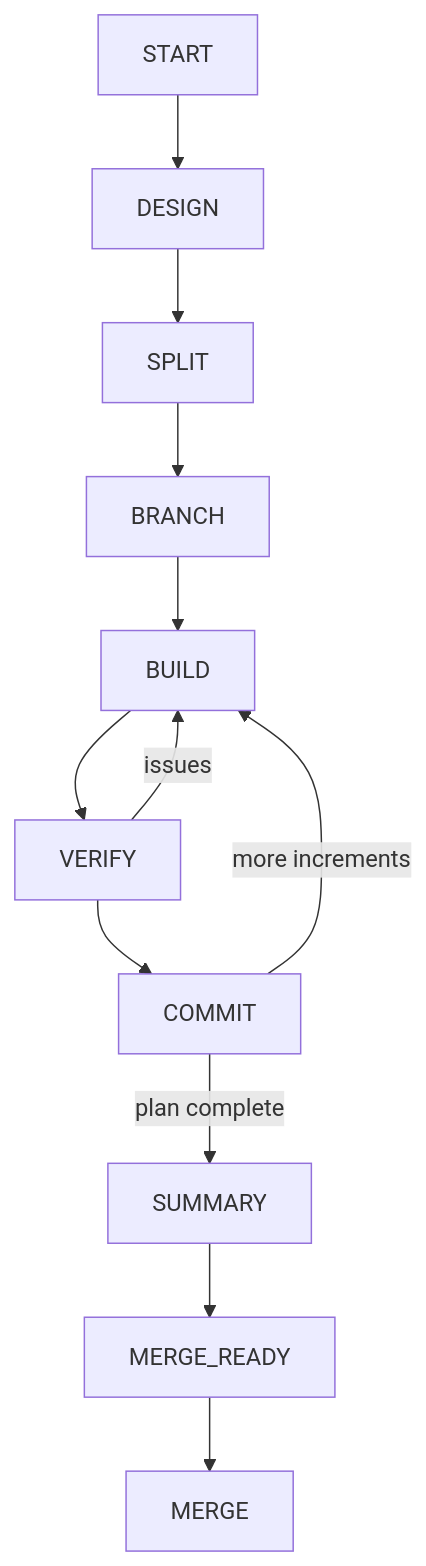
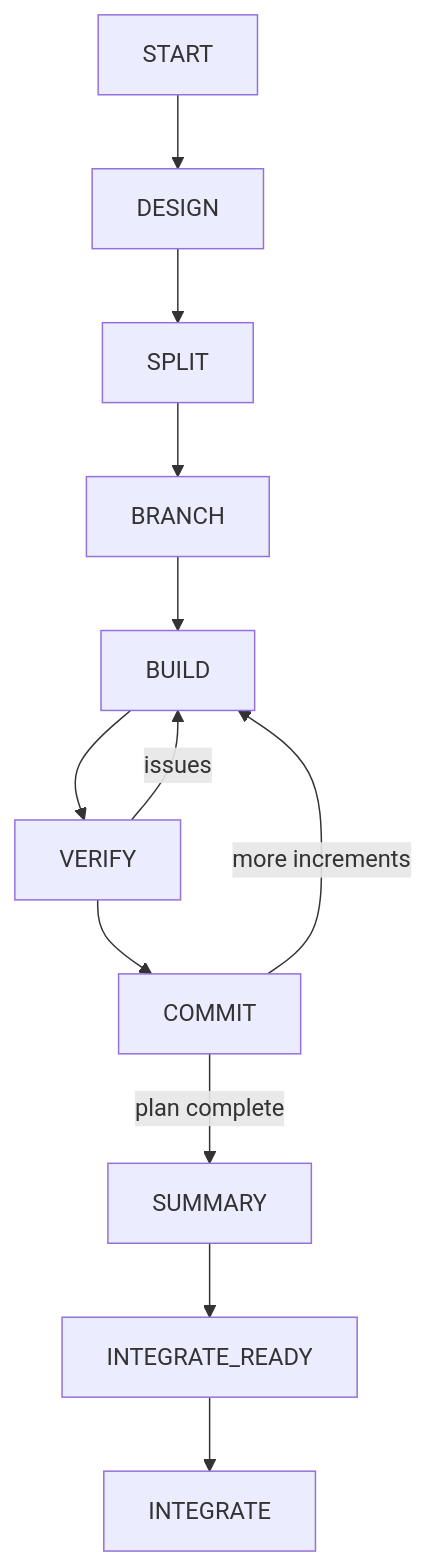
The first of 3 diagrams in README.md (an-dr/agents), drawn with Mermaid before and after one commit. The commit also changed other lines of this file and 8 other files, not shown here.

````diff
--- a/README.md
+++ b/README.md
@@ -11,7 +11,7 @@
 ```mermaid
 flowchart TD
 START --> DESIGN --> SPLIT --> BRANCH --> BUILD --> VERIFY --> COMMIT
 VERIFY -->|issues| BUILD
 COMMIT -->|more increments| BUILD
-COMMIT -->|plan complete| SUMMARY --> MERGE_READY --> MERGE
+COMMIT -->|plan complete| SUMMARY --> INTEGRATE_READY --> INTEGRATE
 ```
````
